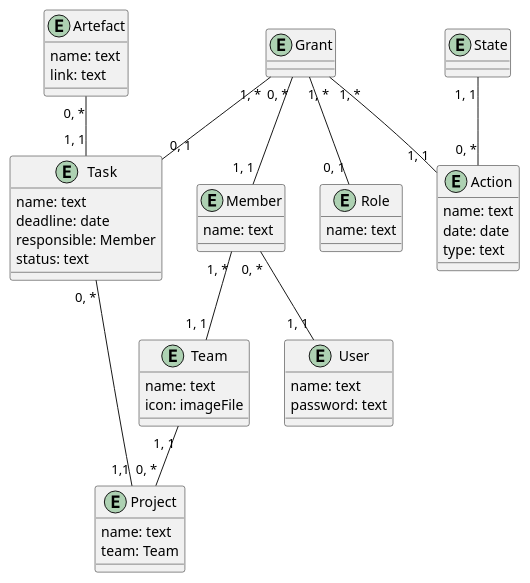
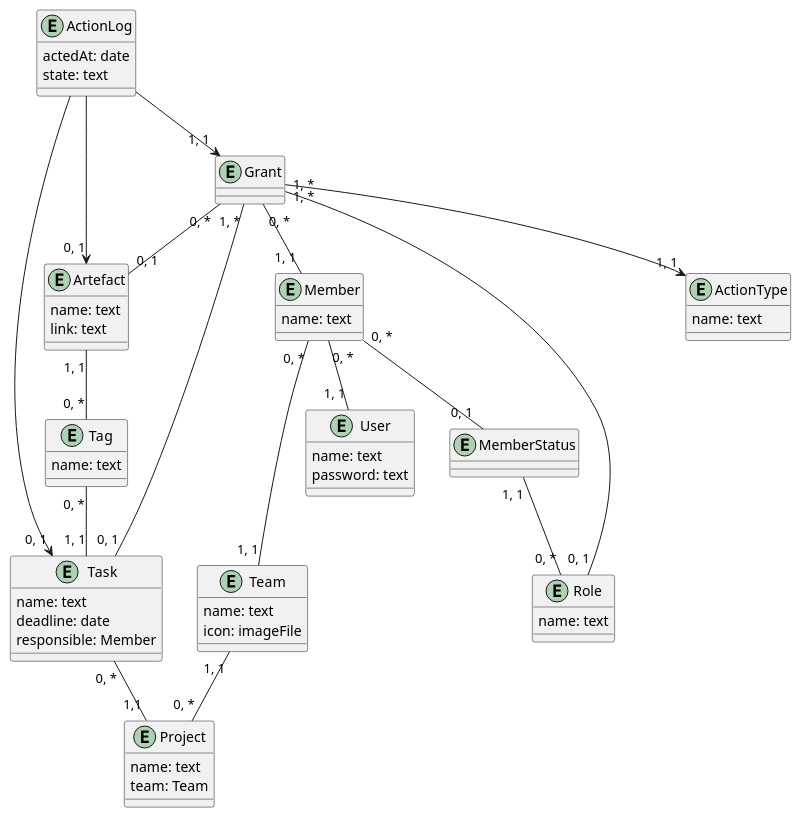
The diagram in docs/design/README.md (cholombytko/project-management-system), drawn with PlantUML before and after one commit.

```diff
--- a/docs/design/README.md
+++ b/docs/design/README.md
@@ -7,59 +7,73 @@
 @startuml
 
-    entity Project {
-        name: text
-        team: Team
-    }
+entity Project {
+    name: text
+    team: Team
+}
 
-    entity Task {
-        name: text
-        deadline: date
-        responsible: Member
-        status: text
-    }
+entity Task {
+    name: text
+    deadline: date
+    responsible: Member
+}
 
-    entity Team {
-        name: text
-        icon: imageFile
-    }
+entity Team {
+    name: text
+    icon: imageFile
+}
 
-    entity User {
-        name: text
-        password: text
-    }
-    
-    entity Member {
-        name: text
-    }
+entity User {
+    name: text
+    password: text
+}
 
-    entity Role {
-        name: text
-    }
+entity Member {
+    name: text
+}
 
-    entity Action {
-        name: text
-        date: date
-        type: text
-    }
+entity Role {
+    name: text
+}
 
-    entity Artefact {
-        name: text
-        link: text
-    }
-    
-    entity Grant {}
-    
-    entity State {}
+entity ActionLog {
+    actedAt: date
+    state: text
+}
 
-    Task "0, *" -- "1,1" Project
-    Team "1, 1" -- "0, *" Project
-    Member "1, *" -- "1, 1" Team
-    Member "0, *" -- "1, 1" User
-    Artefact "0, *" -- "1, 1" Task
-    Grant "0, *" -- "1, 1" Member
-    Grant "1, *" -- "0, 1" Task
-    Grant "1, *" -- "0, 1" Role
-    Grant "1, *" -- "1, 1" Action
-    State "1, 1" -- "0, *" Action
+entity ActionType {
+    name: text
+}
+
+entity Artefact {
+    name: text
+    link: text
+}
+
+entity MemberStatus {}
+
+entity Grant {}
+
+entity Tag {
+    name: text
+}
+
+
+Task "0, *" -- "1,1" Project
+Team "1, 1" -- "0, *" Project
+Member "0, *" -- "1, 1" Team
+Member "0, *" -- "0, 1" MemberStatus
+MemberStatus "1, 1" -- "0, *" Role
+Member "0, *" -- "1, 1" User
+Artefact "1, 1" -- "0, *" Tag
+Tag "0, *" -- "1, 1" Task
+Grant "0, *" -- "1, 1" Member
+Grant "1, *" -- "0, 1" Task
+Grant "1, *" -- "0, 1" Role
+Grant "1, *" --> "1, 1" ActionType
+Grant "0, *" -- "0, 1" Artefact
+ActionLog --> "1, 1" Grant
+ActionLog --> "0, 1" Artefact
+ActionLog --> "0, 1" Task
+
 
 @enduml
```
